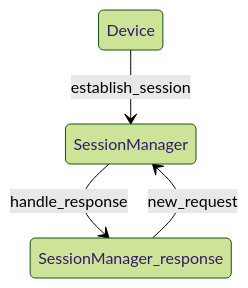
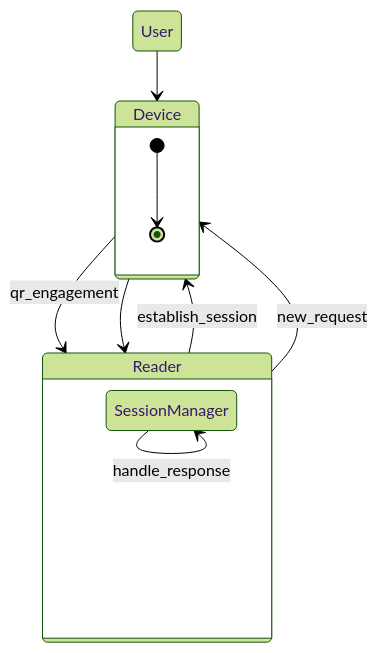
One commit to spruceid/isomdl changed the third of 3 diagrams in examples/README.md. Above: the diagram before and after it, drawn with Mermaid (forest theme). The commit also changed other lines of this file and 5 other files, not shown here.

First line of the commit message:
Remove example code from README.md and restructure diagrams.

````diff
--- a/examples/README.md
+++ b/examples/README.md
@@ -64,6 +88,16 @@
 ```mermaid
 stateDiagram
-    Device --> SessionManager: establish_session
-    SessionManager --> SessionManager_response: handle_response
-    SessionManager_response --> SessionManager: new_request
+    state Device {
+        [*] --> [*]
+    }
+
+    state Reader {
+        SessionManager --> SessionManager: handle_response
+    }
+
+    User --> Device
+    Device --> Reader: qr_engagement
+    Reader --> Device: establish_session
+    Device --> Reader
+    Reader --> Device: new_request
 ```
````
